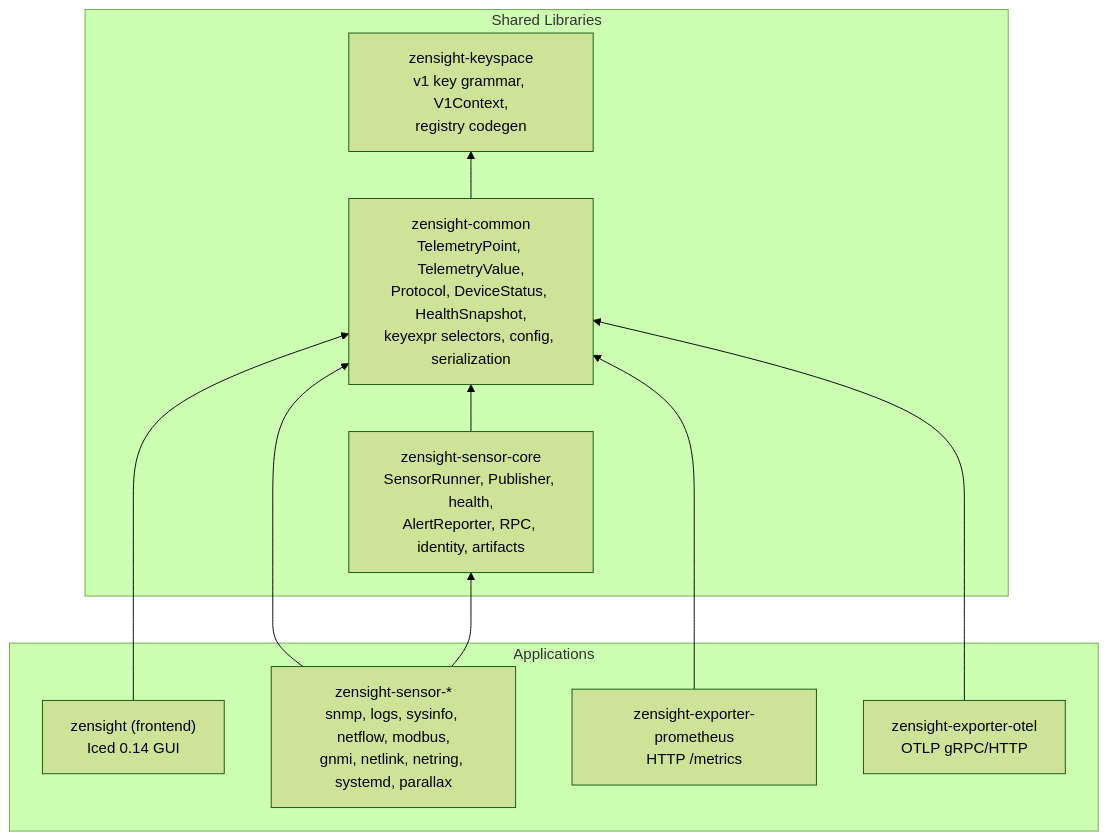
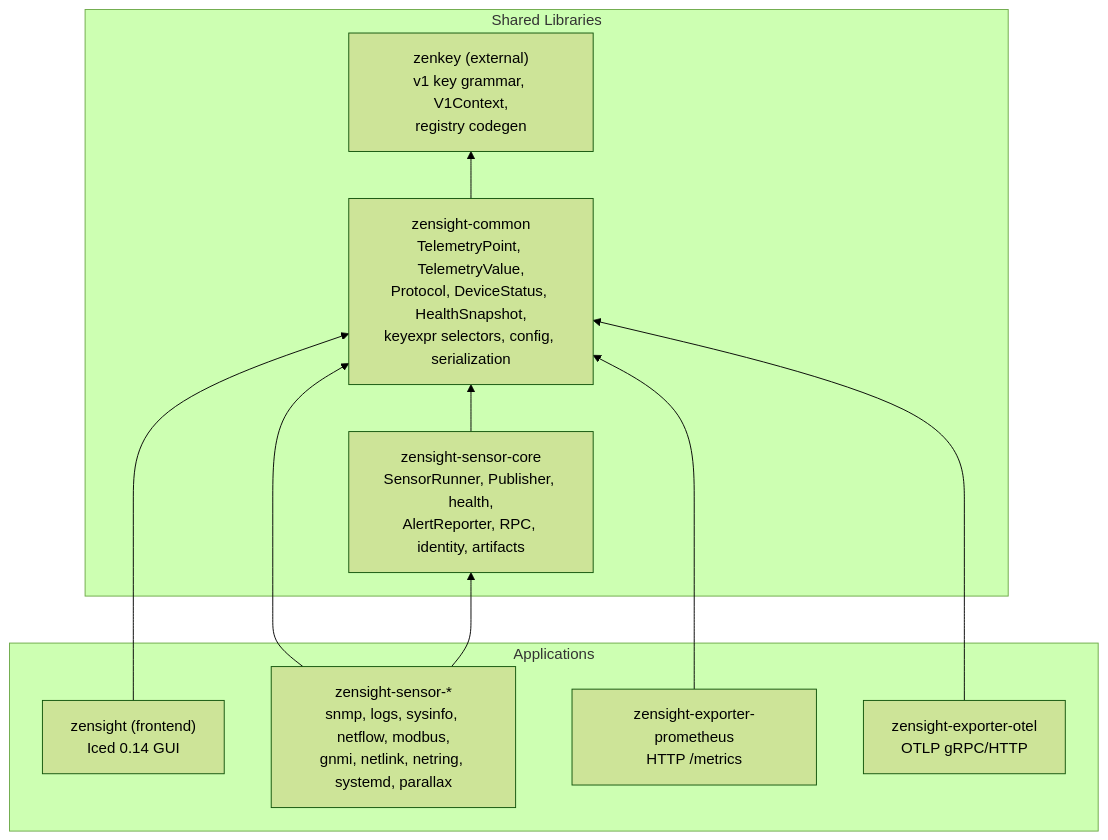
The second of 8 diagrams in docs/ARCHITECTURE.md (p13marc/zensight), drawn with Mermaid (forest theme) before and after one commit. The commit also changed other lines of this file and 141 other files, not shown here.

````diff
--- a/docs/ARCHITECTURE.md
+++ b/docs/ARCHITECTURE.md
@@ -75,24 +75,24 @@
 ```mermaid
 flowchart BT
     subgraph Shared["Shared Libraries"]
-        Keyspace["zensight-keyspace<br/>v1 key grammar, V1Context,<br/>registry codegen"]
+        Keyspace["zenkey (external)<br/>v1 key grammar, V1Context,<br/>registry codegen"]
         Common["zensight-common<br/>TelemetryPoint, TelemetryValue,<br/>Protocol, DeviceStatus, HealthSnapshot,<br/>keyexpr selectors, config, serialization"]
         Core["zensight-sensor-core<br/>SensorRunner, Publisher, health,<br/>AlertReporter, RPC, identity, artifacts"]
     end
 
     Common --> Keyspace
     Core --> Common
 
     subgraph Apps["Applications"]
         Frontend["zensight (frontend)<br/>Iced 0.14 GUI"]
         SensorApps["zensight-sensor-*<br/>snmp, logs, sysinfo, netflow, modbus,<br/>gnmi, netlink, netring, systemd, parallax"]
         PromExp["zensight-exporter-prometheus<br/>HTTP /metrics"]
         OtelExp["zensight-exporter-otel<br/>OTLP gRPC/HTTP"]
     end
 
     Frontend --> Common
     SensorApps --> Common
     SensorApps --> Core
     PromExp --> Common
     OtelExp --> Common
 ```
````
